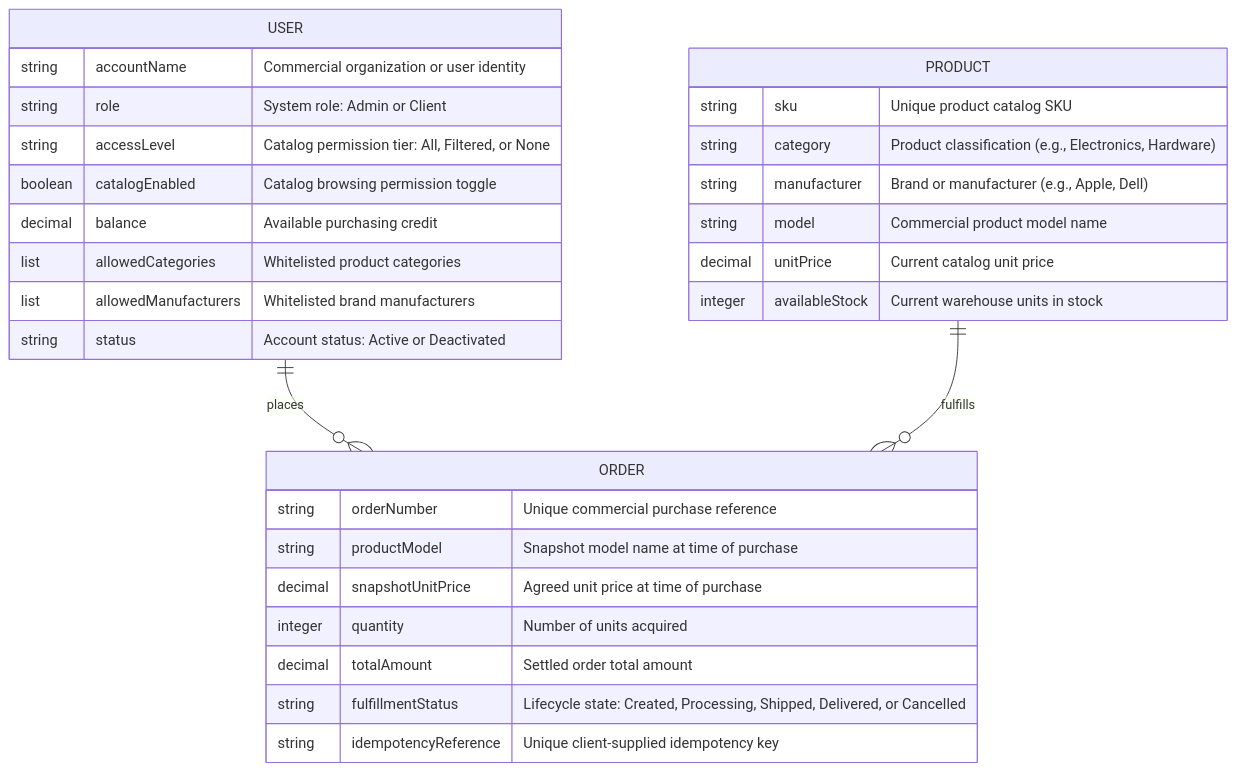
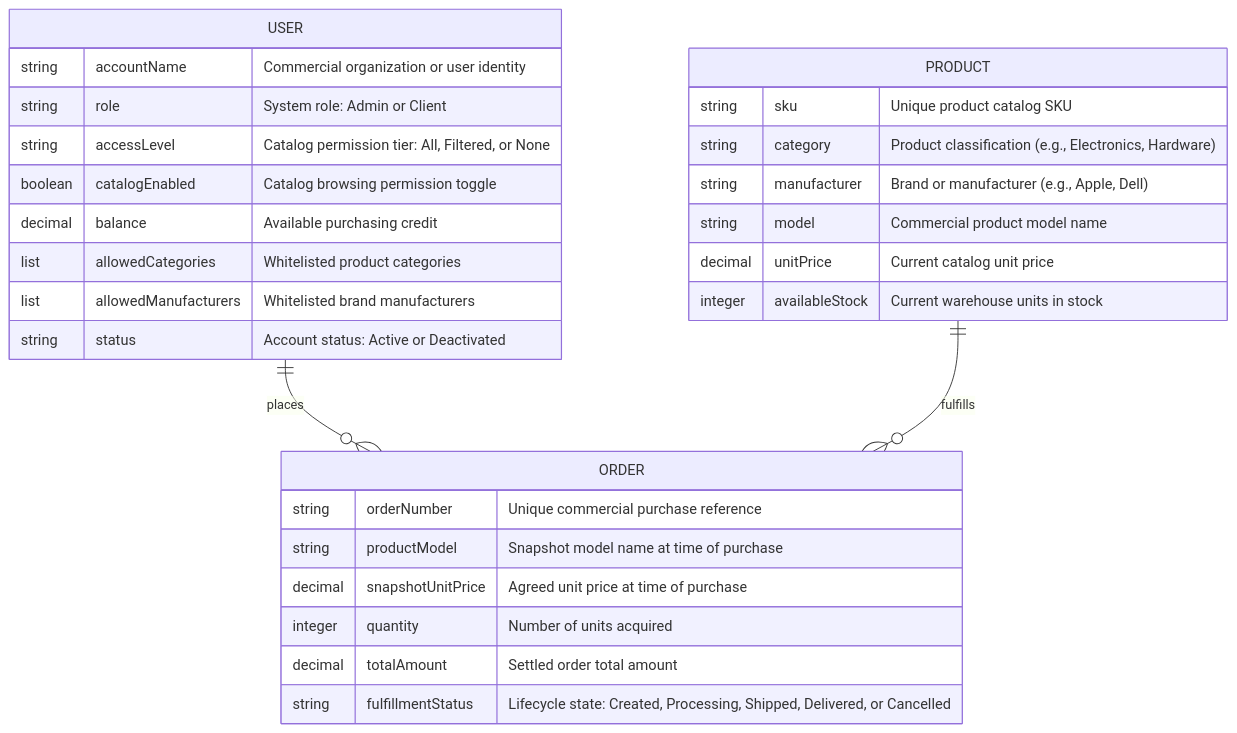
Before and after one commit to altregubov/warehouse-rest-test-app: the second of 4 diagrams in specs/client_spec.md, drawn with Mermaid. The commit also changed other lines of this file and 13 other files, not shown here.

First line of the commit message:
revert: "feat: add idempotency key support to order placement and balance adjustments"

````diff
--- a/specs/client_spec.md
+++ b/specs/client_spec.md
@@ -94,35 +93,34 @@
 ```mermaid
 erDiagram
     USER ||--o{ ORDER : "places"
     PRODUCT ||--o{ ORDER : "fulfills"
 
     USER {
         string accountName "Commercial organization or user identity"
         string role "System role: Admin or Client"
         string accessLevel "Catalog permission tier: All, Filtered, or None"
         boolean catalogEnabled "Catalog browsing permission toggle"
         decimal balance "Available purchasing credit"
         list allowedCategories "Whitelisted product categories"
         list allowedManufacturers "Whitelisted brand manufacturers"
         string status "Account status: Active or Deactivated"
     }
 
     PRODUCT {
         string sku "Unique product catalog SKU"
         string category "Product classification (e.g., Electronics, Hardware)"
         string manufacturer "Brand or manufacturer (e.g., Apple, Dell)"
         string model "Commercial product model name"
         decimal unitPrice "Current catalog unit price"
         integer availableStock "Current warehouse units in stock"
     }
 
     ORDER {
         string orderNumber "Unique commercial purchase reference"
         string productModel "Snapshot model name at time of purchase"
         decimal snapshotUnitPrice "Agreed unit price at time of purchase"
         integer quantity "Number of units acquired"
         decimal totalAmount "Settled order total amount"
         string fulfillmentStatus "Lifecycle state: Created, Processing, Shipped, Delivered, or Cancelled"
-        string idempotencyReference "Unique client-supplied idempotency key"
     }
 ```
````
